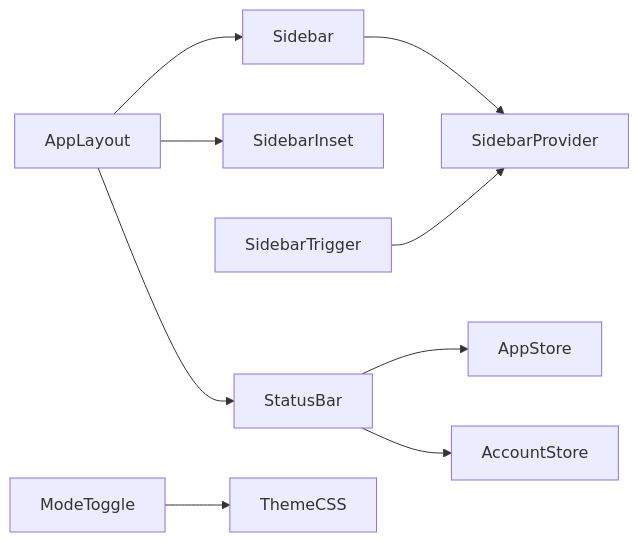
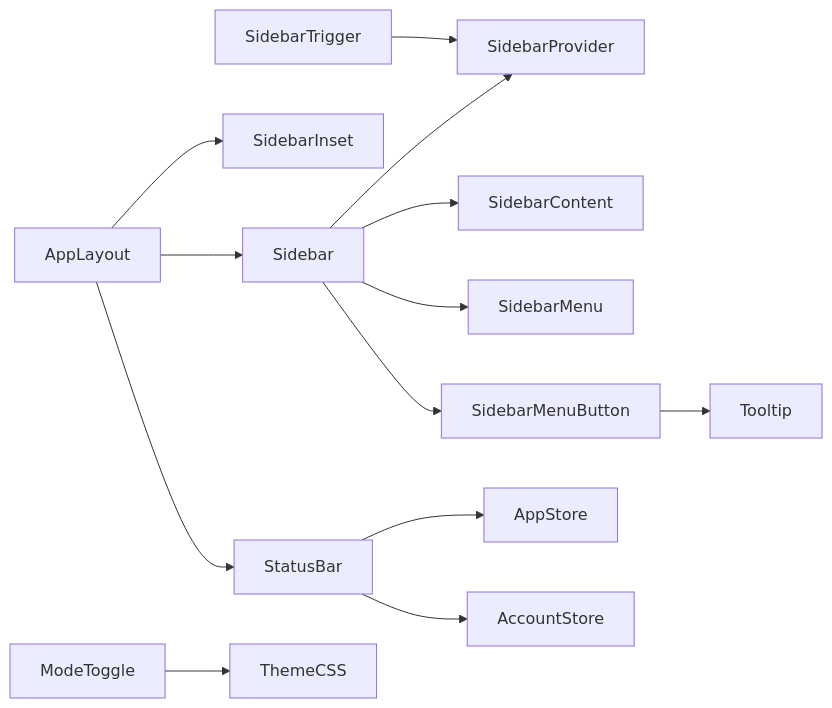
Before and after one commit to hipig/autoOps: the sixth of 6 diagrams in .qoder/repowiki/zh/content/前端应用/布局系统.md, drawn with Mermaid. The commit also changed other lines of this file and 37 other files, not shown here.

````diff
--- a/.qoder/repowiki/zh/content/前端应用/布局系统.md
+++ b/.qoder/repowiki/zh/content/前端应用/布局系统.md
@@ -312,11 +348,15 @@
 ```mermaid
 graph LR
 AppLayout --> Sidebar
 AppLayout --> SidebarInset
 AppLayout --> StatusBar
 Sidebar --> SidebarProvider
+Sidebar --> SidebarContent
+Sidebar --> SidebarMenu
+Sidebar --> SidebarMenuButton
+SidebarMenuButton --> Tooltip
 SidebarTrigger --> SidebarProvider
 StatusBar --> AppStore
 StatusBar --> AccountStore
 ModeToggle --> ThemeCSS
 ```
````
